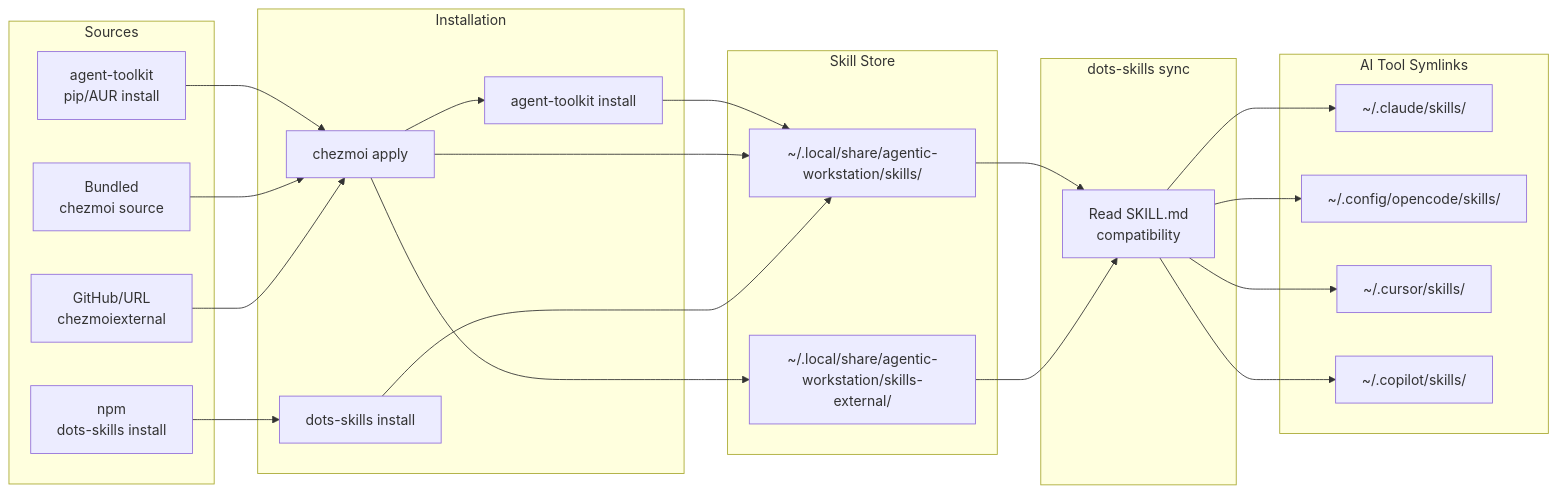
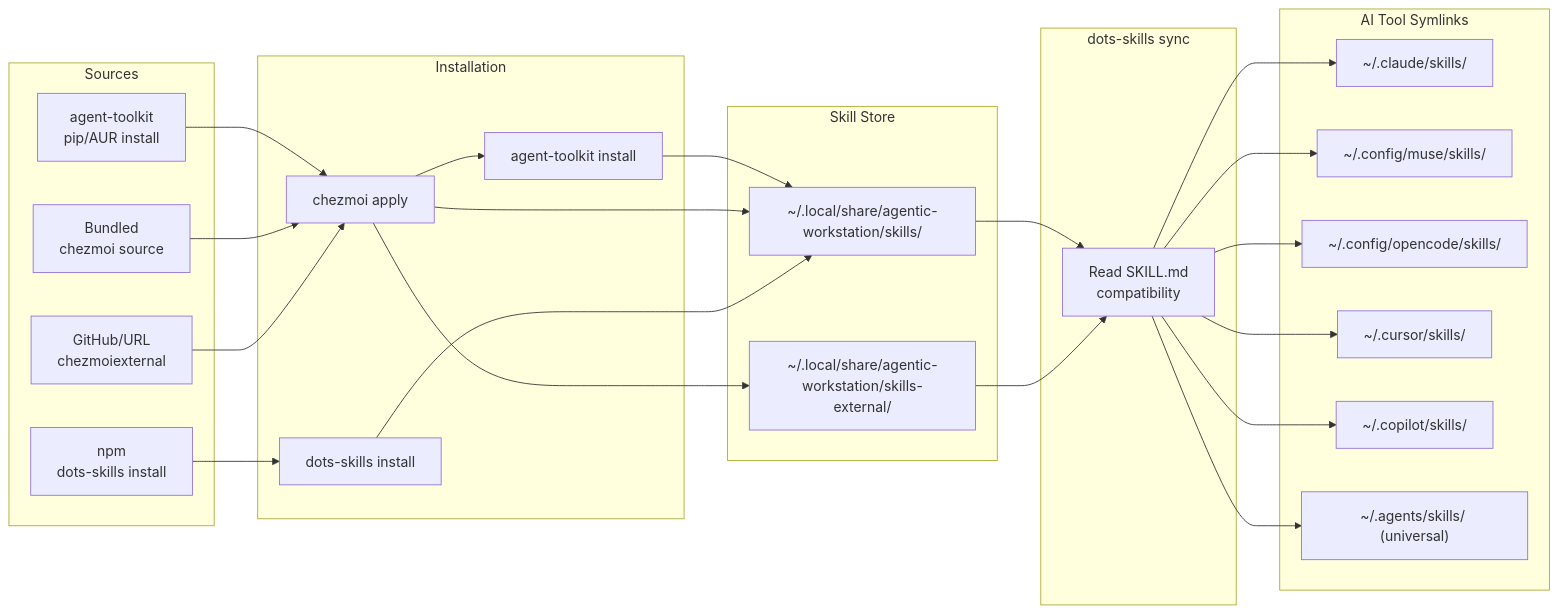
One commit to ulises-jeremias/agentic-workstation changed the diagram in docs/SKILLS.md. Above: the diagram before and after it, drawn with Mermaid. The commit also changed 58 other files, not shown here.

````diff
--- a/docs/SKILLS.md
+++ b/docs/SKILLS.md
@@ -24,42 +24,46 @@
 ```mermaid
 flowchart LR
     subgraph Sources
         AT[agent-toolkit<br/>pip/AUR install]
         B[Bundled<br/>chezmoi source]
         N[npm<br/>dots-skills install]
         G[GitHub/URL<br/>chezmoiexternal]
     end
 
     subgraph Install["Installation"]
         CA[chezmoi apply]
         ATI[agent-toolkit install]
         NS[dots-skills install]
     end
 
     subgraph Store["Skill Store"]
         S1["~/.local/share/agentic-workstation/skills/"]
         S2["~/.local/share/agentic-workstation/skills-external/"]
     end
 
     subgraph Sync["dots-skills sync"]
         SJ["Read SKILL.md<br/>compatibility"]
     end
 
     subgraph Tools["AI Tool Symlinks"]
         T1["~/.claude/skills/"]
-        T2["~/.config/opencode/skills/"]
-        T3["~/.cursor/skills/"]
-        T4["~/.copilot/skills/"]
+        T2["~/.config/muse/skills/"]
+        T3["~/.config/opencode/skills/"]
+        T4["~/.cursor/skills/"]
+        T5["~/.copilot/skills/"]
+        T6["~/.agents/skills/ (universal)"]
     end
 
     AT --> CA --> ATI --> S1
     B --> CA --> S1
     N --> NS --> S1
     G --> CA --> S2
     S1 --> SJ
     S2 --> SJ
     SJ --> T1
     SJ --> T2
     SJ --> T3
     SJ --> T4
+    SJ --> T5
+    SJ --> T6
 ```
````
